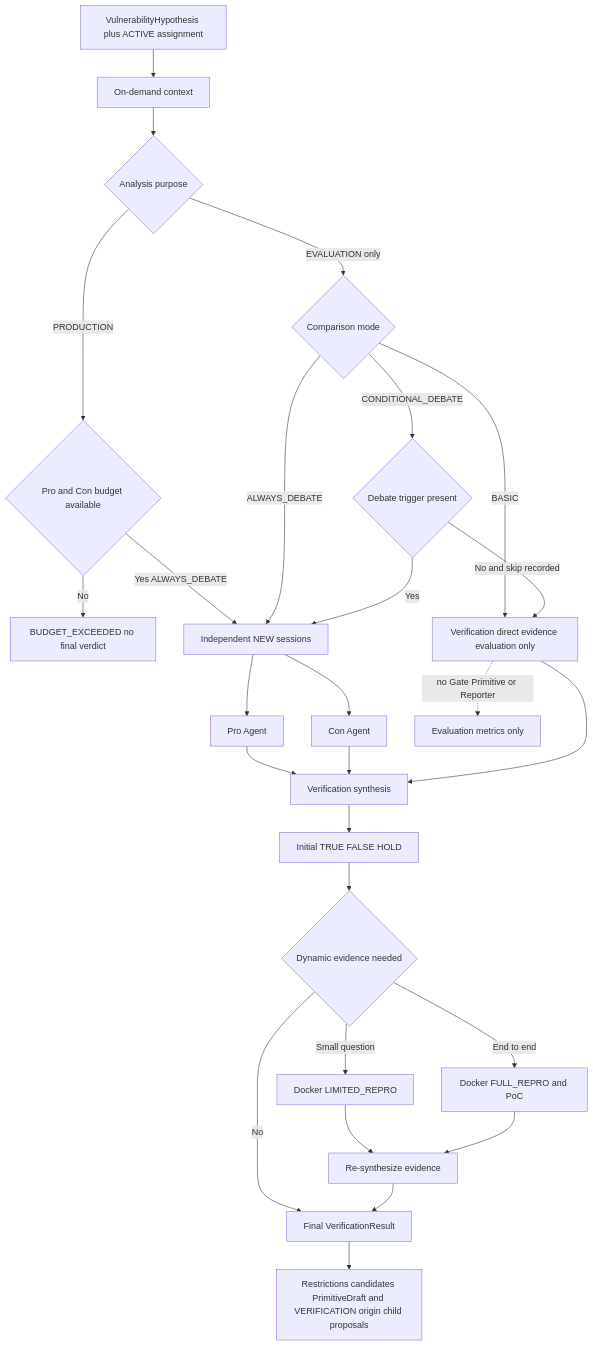
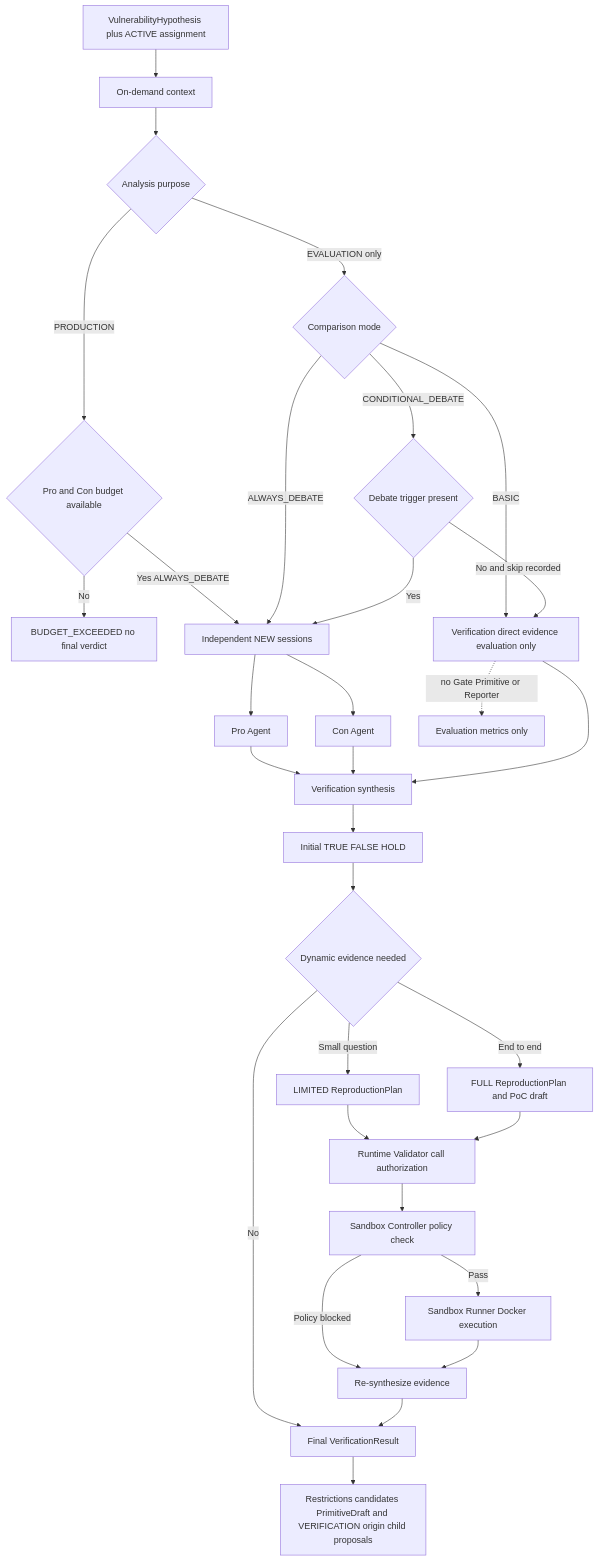
Before and after one commit to SASTsimi/sastsimi: the fourth of 13 diagrams in docs/architecture-v5/13-architecture-diagrams.md, drawn with Mermaid. The commit also changed other lines of this file and 17 other files, not shown here.

Commit message:
docs: separate sandbox policy enforcement

````diff
--- a/docs/architecture-v5/13-architecture-diagrams.md
+++ b/docs/architecture-v5/13-architecture-diagrams.md
@@ -119,29 +123,33 @@
 ```mermaid
 flowchart TB
     HYP[VulnerabilityHypothesis plus ACTIVE assignment] --> CTX[On-demand context]
     CTX --> PURPOSE{Analysis purpose}
     PURPOSE -->|PRODUCTION| BUDGET{Pro and Con budget available}
     BUDGET -->|No| STOP[BUDGET_EXCEEDED no final verdict]
     BUDGET -->|Yes ALWAYS_DEBATE| FORK[Independent NEW sessions]
     PURPOSE -->|EVALUATION only| MODE{Comparison mode}
     MODE -->|BASIC| BASIC[Verification direct evidence evaluation only]
     MODE -->|CONDITIONAL_DEBATE| TRIGGER{Debate trigger present}
     MODE -->|ALWAYS_DEBATE| FORK
     TRIGGER -->|No and skip recorded| BASIC
     TRIGGER -->|Yes| FORK
     FORK --> PRO[Pro Agent]
     FORK --> CON[Con Agent]
     PRO --> SYN[Verification synthesis]
     CON --> SYN
     BASIC --> SYN
     BASIC -. no Gate Primitive or Reporter .-> METRICS[Evaluation metrics only]
     SYN --> INITIAL[Initial TRUE FALSE HOLD]
     INITIAL --> DYN{Dynamic evidence needed}
     DYN -->|No| FINAL[Final VerificationResult]
-    DYN -->|Small question| LIMITED[Docker LIMITED_REPRO]
-    DYN -->|End to end| FULL[Docker FULL_REPRO and PoC]
-    LIMITED --> SYN2[Re-synthesize evidence]
-    FULL --> SYN2
+    DYN -->|Small question| LIMITED[LIMITED ReproductionPlan]
+    DYN -->|End to end| FULL[FULL ReproductionPlan and PoC draft]
+    LIMITED --> AUTH[Runtime Validator call authorization]
+    FULL --> AUTH
+    AUTH --> CTRL[Sandbox Controller policy check]
+    CTRL -->|Pass| RUNNER[Sandbox Runner Docker execution]
+    CTRL -->|Policy blocked| SYN2[Re-synthesize evidence]
+    RUNNER --> SYN2
     SYN2 --> FINAL
     FINAL --> OUT[Restrictions candidates PrimitiveDraft and VERIFICATION origin child proposals]
 ```
````
